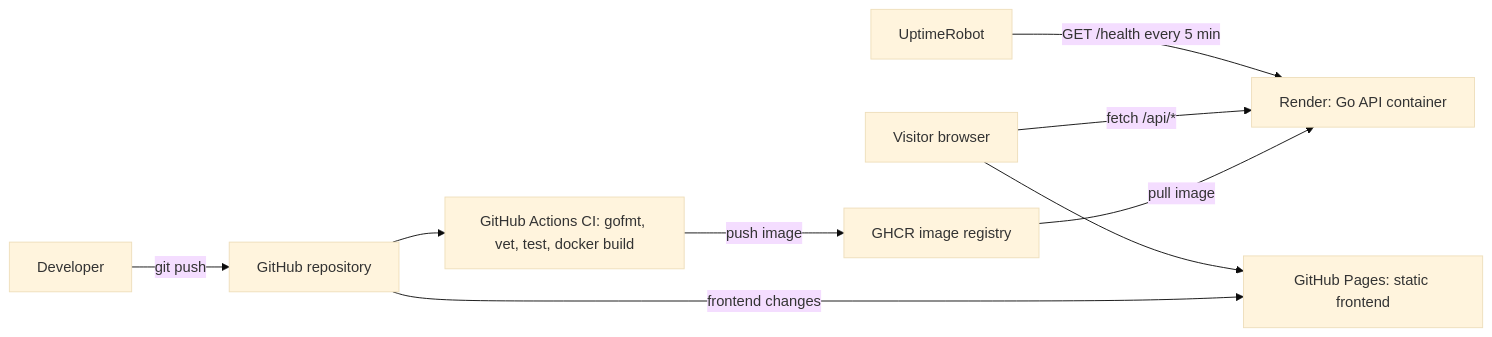
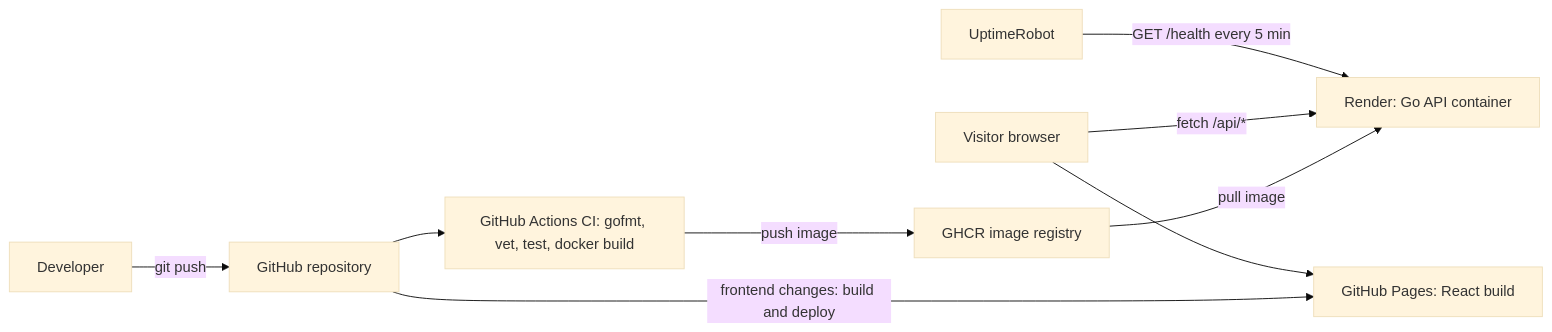
The diagram in README.md (NeginSal/personal-profile), drawn with Mermaid (base theme) before and after one commit. The commit also changed other lines of this file and 3 other files, not shown here.

Commit message:
chore: remove old static frontend and update README

````diff
--- a/README.md
+++ b/README.md
@@ -12,11 +12,11 @@
 ```mermaid
 flowchart LR
     Dev["Developer"] -->|git push| Repo["GitHub repository"]
     Repo --> CI["GitHub Actions CI: gofmt, vet, test, docker build"]
     CI -->|push image| GHCR["GHCR image registry"]
-    Repo -->|frontend changes| Pages["GitHub Pages: static frontend"]
+    Repo -->|frontend changes: build and deploy| Pages["GitHub Pages: React build"]
     GHCR -->|pull image| Render["Render: Go API container"]
     Visitor["Visitor browser"] --> Pages
     Visitor -->|fetch /api/*| Render
     Uptime["UptimeRobot"] -->|GET /health every 5 min| Render
 ```
````
